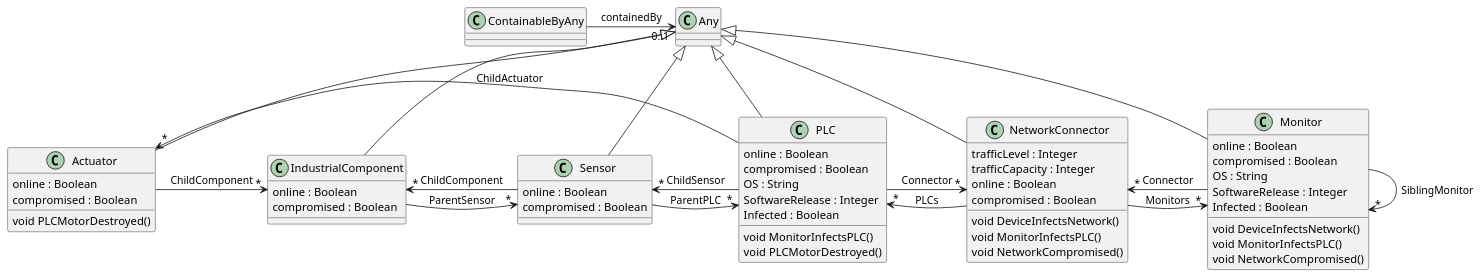
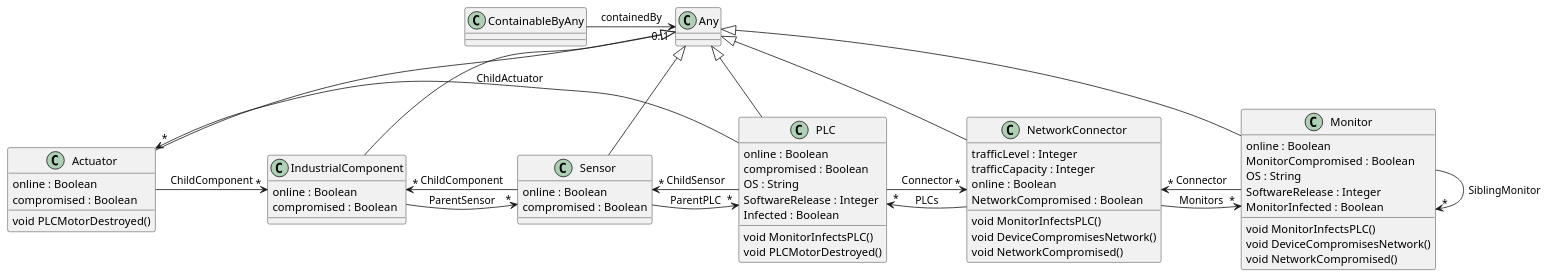
Before and after one commit to lewisccox/lc2071HonoursProject: the diagram in doc-gen/plantuml/BehaviourDefinitions.class.plantuml, drawn with PlantUML. The commit also changed 10 other files, not shown here.

```diff
--- a/doc-gen/plantuml/BehaviourDefinitions.class.plantuml
+++ b/doc-gen/plantuml/BehaviourDefinitions.class.plantuml
@@ -1,67 +1,67 @@
 @startuml
 class Actuator  {
 	online : Boolean
 	compromised : Boolean
 	void PLCMotorDestroyed()
-}
-class IndustrialComponent  {
-	online : Boolean
-	compromised : Boolean
-}
-class Monitor  {
-	online : Boolean
-	compromised : Boolean
-	OS : String
-	SoftwareRelease : Integer
-	Infected : Boolean
-	void DeviceInfectsNetwork()
-	void MonitorInfectsPLC()
-	void NetworkCompromised()
 }
 class PLC  {
 	online : Boolean
 	compromised : Boolean
 	OS : String
 	SoftwareRelease : Integer
 	Infected : Boolean
 	void MonitorInfectsPLC()
 	void PLCMotorDestroyed()
 }
+class Any  {
+}
+class Sensor  {
+	online : Boolean
+	compromised : Boolean
+}
 class ContainableByAny  {
 }
 class NetworkConnector  {
 	trafficLevel : Integer
 	trafficCapacity : Integer
 	online : Boolean
-	compromised : Boolean
-	void DeviceInfectsNetwork()
+	NetworkCompromised : Boolean
 	void MonitorInfectsPLC()
+	void DeviceCompromisesNetwork()
 	void NetworkCompromised()
 }
-class Sensor  {
+class IndustrialComponent  {
 	online : Boolean
 	compromised : Boolean
 }
-class Any  {
+class Monitor  {
+	online : Boolean
+	MonitorCompromised : Boolean
+	OS : String
+	SoftwareRelease : Integer
+	MonitorInfected : Boolean
+	void MonitorInfectsPLC()
+	void DeviceCompromisesNetwork()
+	void NetworkCompromised()
 }
 
 Actuator -> "*" IndustrialComponent : ChildComponent
+PLC -> "*" NetworkConnector : Connector
+PLC -> "*" Actuator : ChildActuator
+PLC -> "*" Sensor : ChildSensor
+Sensor -> "*" IndustrialComponent : ChildComponent
+Sensor -> "*" PLC : ParentPLC
+ContainableByAny -> "0..1" Any : containedBy
+NetworkConnector -> "*" PLC : PLCs
+NetworkConnector -> "*" Monitor : Monitors
 IndustrialComponent -> "*" Sensor : ParentSensor
 Monitor -> "*" Monitor : SiblingMonitor
 Monitor -> "*" NetworkConnector : Connector
-PLC -> "*" NetworkConnector : Connector
-PLC -> "*" Actuator : ChildActuator
-PLC -> "*" Sensor : ChildSensor
-ContainableByAny -> "0..1" Any : containedBy
-NetworkConnector -> "*" PLC : PLCs
-NetworkConnector -> "*" Monitor : Monitors
-Sensor -> "*" IndustrialComponent : ChildComponent
-Sensor -> "*" PLC : ParentPLC
 
 Actuator -up-|>  Any
+PLC -up-|>  Any
+Sensor -up-|>  Any
+NetworkConnector -up-|>  Any
 IndustrialComponent -up-|>  Any
 Monitor -up-|>  Any
-PLC -up-|>  Any
-NetworkConnector -up-|>  Any
-Sensor -up-|>  Any
 @enduml
```
